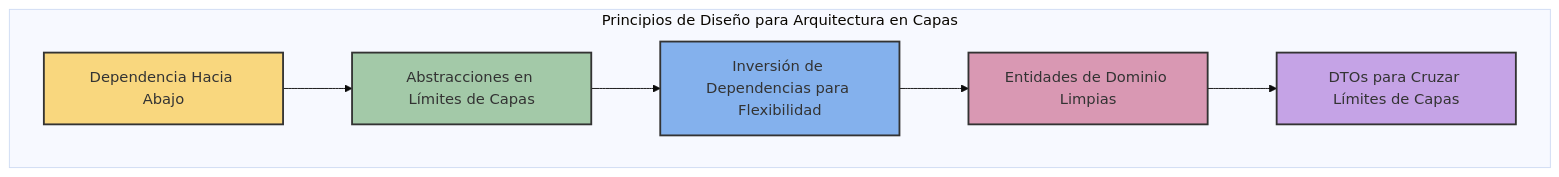
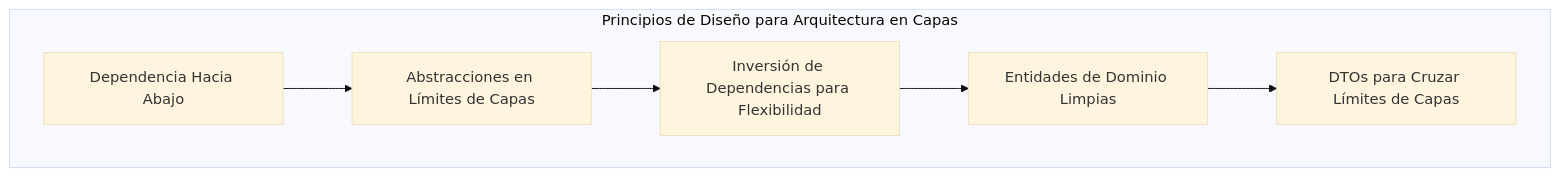
Before and after one commit to aialphanovatide/software-architecture-guide: the second of 2 diagrams in docs/architecture/layered/layered.md, drawn with Mermaid (base theme). The commit also changed other lines of this file and 8 other files, not shown here.

````diff
--- a/docs/architecture/layered/layered.md
+++ b/docs/architecture/layered/layered.md
@@ -293,15 +288,9 @@
 ```mermaid
 graph TB
     subgraph "Principios de Diseño para Arquitectura en Capas"
         A[Dependencia Hacia Abajo] --> B[Abstracciones en Límites de Capas]
         B --> C[Inversión de Dependencias para Flexibilidad]
         C --> D[Entidades de Dominio Limpias]
         D --> E[DTOs para Cruzar Límites de Capas]
     end
-    
-    style A fill:#f9d77e,stroke:#333,stroke-width:2px
-    style B fill:#a3c9a8,stroke:#333,stroke-width:2px
-    style C fill:#84b1ed,stroke:#333,stroke-width:2px
-    style D fill:#d998b3,stroke:#333,stroke-width:2px
-    style E fill:#c5a3e6,stroke:#333,stroke-width:2px
 ```
````
